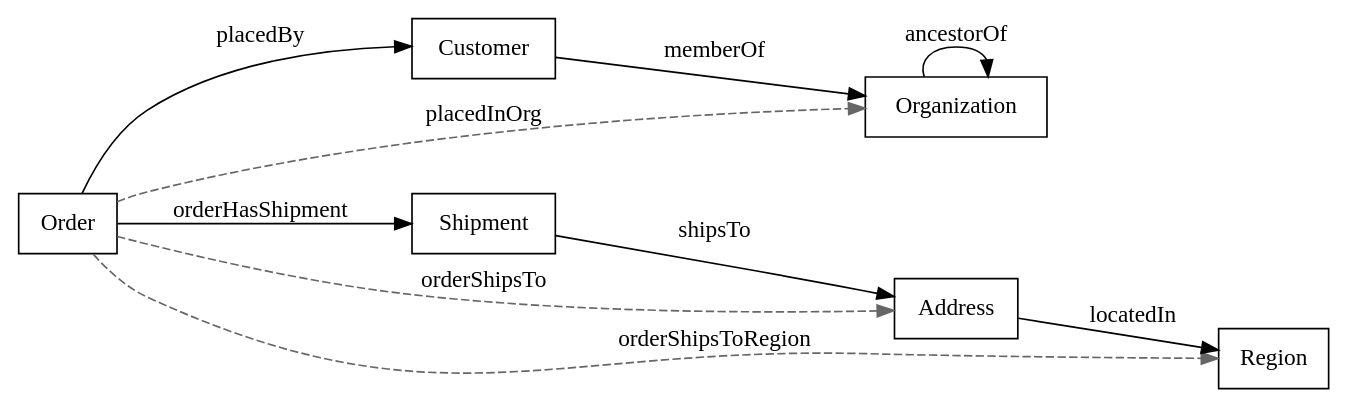
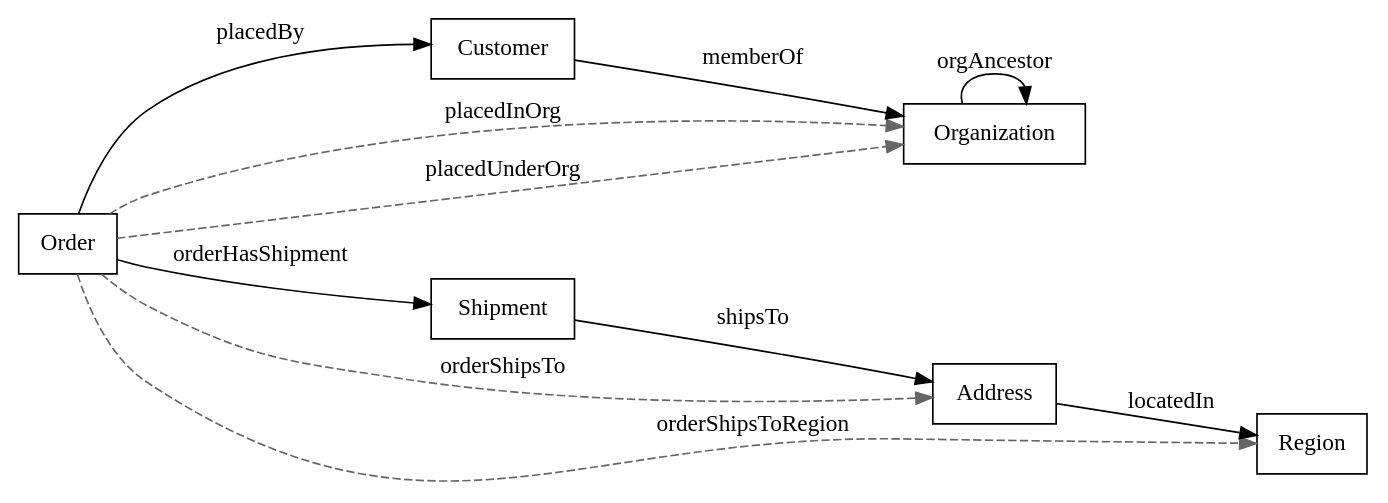
Before and after one commit to end2endlogic-com/quantum-framework: the first of 4 diagrams in quantum-docs/src/docs/asciidoc/user-guide/ontology.adoc, drawn with Graphviz. The commit also changed other lines of this file and 2 other files, not shown here.

First line of the commit message:
docs(ontology): replace the invalid transitive org roll-up chain

```diff
--- a/quantum-docs/src/docs/asciidoc/user-guide/ontology.adoc
+++ b/quantum-docs/src/docs/asciidoc/user-guide/ontology.adoc
@@ -186,28 +189,29 @@
 [graphviz]
 ----
 digraph Ontology {
   rankdir=LR;
   node [shape=box];
 
   // Classes
   Order [label="Order"];
   Customer [label="Customer"];
   Organization [label="Organization"];
   Shipment [label="Shipment"];
   Address [label="Address"];
   Region [label="Region"];
 
   // Explicit predicates (solid)
   Order -> Customer    [label="placedBy"];
   Customer -> Organization [label="memberOf"];
   Order -> Shipment    [label="orderHasShipment"];
   Shipment -> Address  [label="shipsTo"];
   Address -> Region    [label="locatedIn"];
-  Organization -> Organization [label="ancestorOf"];
+  Organization -> Organization [label="orgAncestor"];
 
   // Implied predicates (dashed)
   Order -> Organization [label="placedInOrg", style=dashed, color=gray40];
+  Order -> Organization [label="placedUnderOrg", style=dashed, color=gray40];
   Order -> Address      [label="orderShipsTo", style=dashed, color=gray40];
   Order -> Region       [label="orderShipsToRegion", style=dashed, color=gray40];
 }
 ----
```
